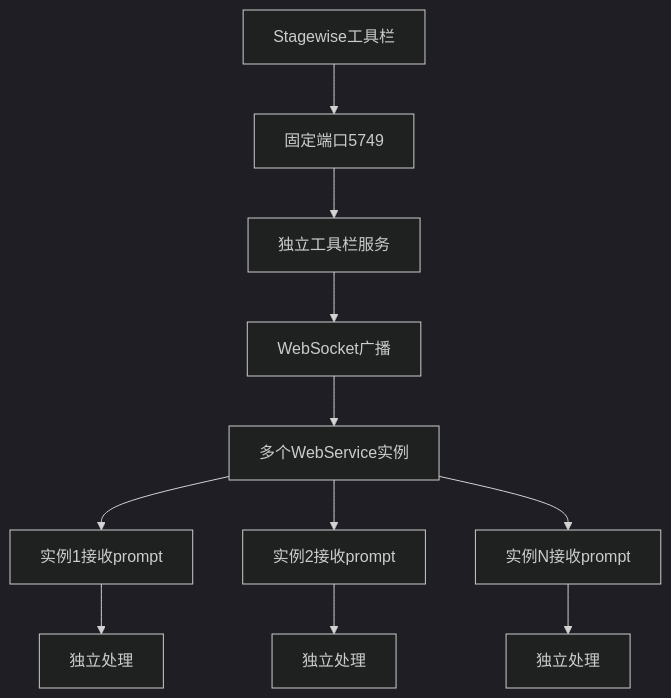
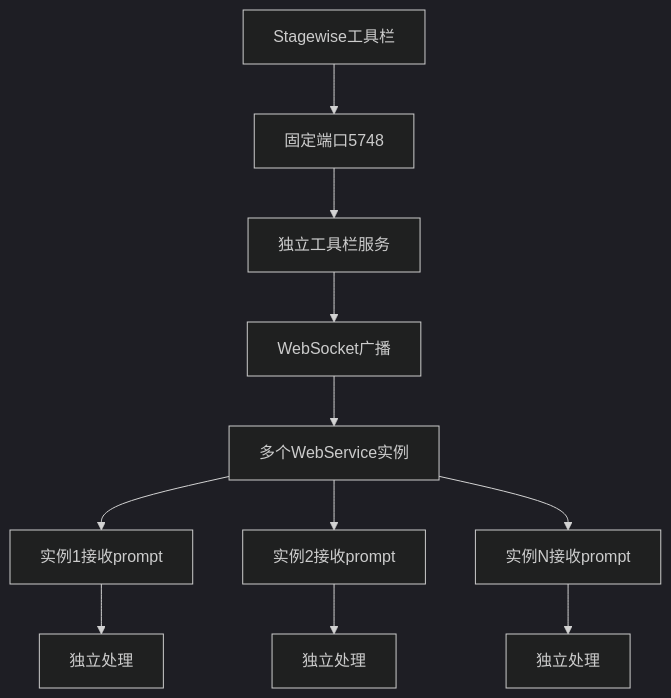
The third of 4 diagrams in docs/模块层/后端模块/服务器/独立工具栏服务.md (Songmengdi/mcp-feedback-collector), drawn with Mermaid (dark theme) before and after one commit. The commit also changed other lines of this file and 18 other files, not shown here.

````diff
--- a/docs/模块层/后端模块/服务器/独立工具栏服务.md
+++ b/docs/模块层/后端模块/服务器/独立工具栏服务.md
@@ -102,15 +102,15 @@
 ```mermaid
 graph TD
-    A[Stagewise工具栏] --> B[固定端口5749]
+    A[Stagewise工具栏] --> B[固定端口5748]
     B --> C[独立工具栏服务]
     C --> D[WebSocket广播]
     D --> E[多个WebService实例]
     
     E --> F[实例1接收prompt]
     E --> G[实例2接收prompt]
     E --> H[实例N接收prompt]
     
     F --> I[独立处理]
     G --> J[独立处理]
     H --> K[独立处理]
 ```
````
